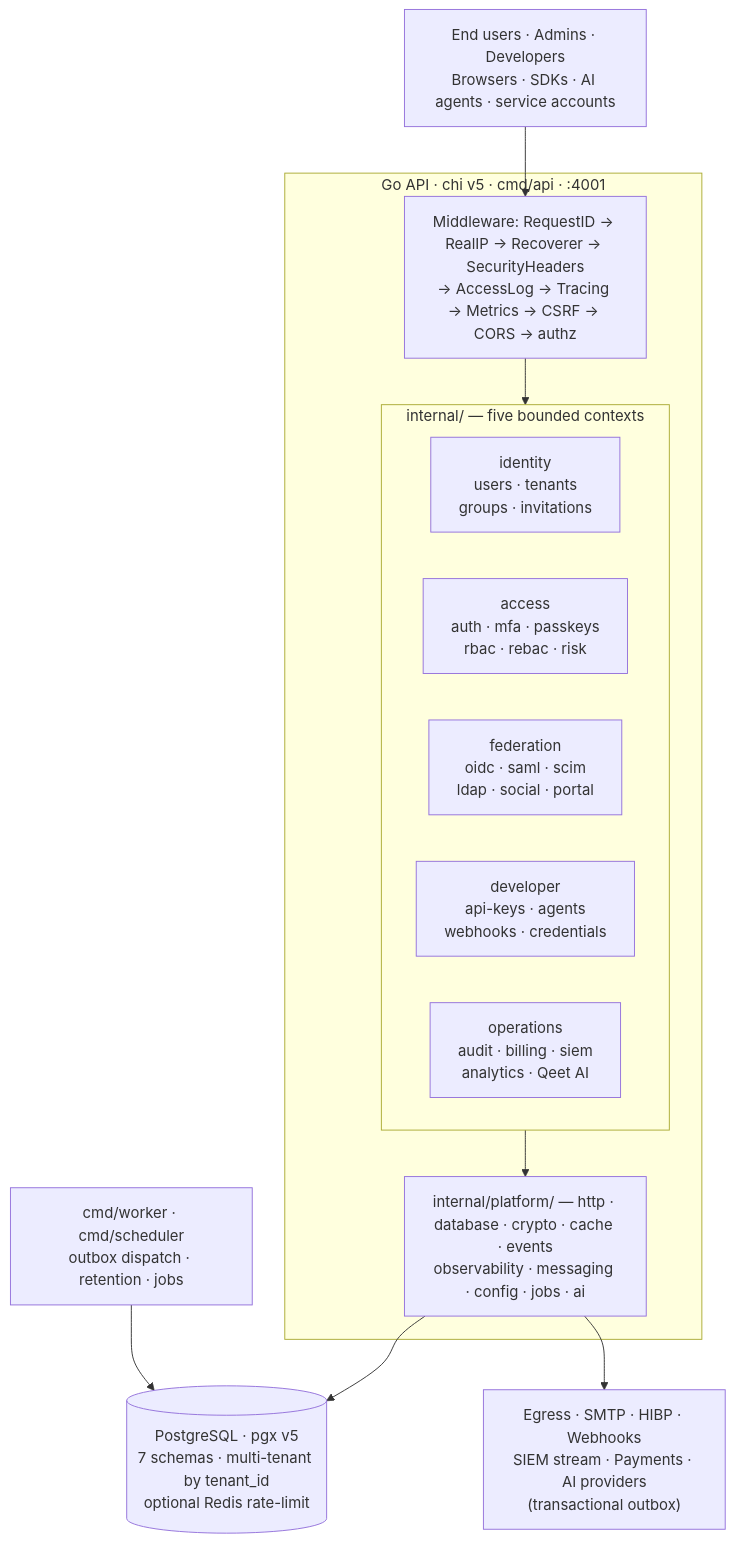
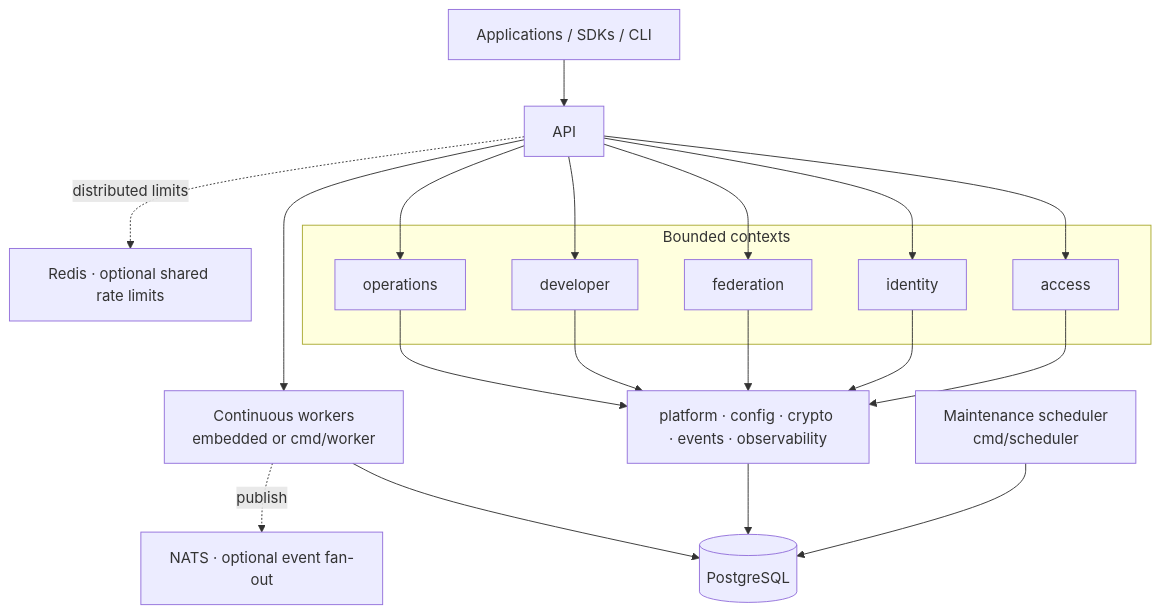
Before and after one commit to qeetgroup/qeet-id-server: the diagram in README.md, drawn with Mermaid. The commit also changed other lines of this file, not shown here.

````diff
--- a/README.md
+++ b/README.md
@@ -74,27 +54,37 @@
 ```mermaid
 flowchart TB
-    clients["End users · Admins · Developers<br/>Browsers · SDKs · AI agents · service accounts"]
+    Clients["Applications / SDKs / CLI"]
+    API["API"]
 
-    subgraph api["Go API · chi v5 · cmd/api · :4001"]
-        mw["Middleware: RequestID → RealIP → Recoverer → SecurityHeaders<br/>→ AccessLog → Tracing → Metrics → CSRF → CORS → authz"]
-        subgraph domains["internal/ — five bounded contexts"]
-            direction LR
-            identity["identity<br/>users · tenants<br/>groups · invitations"]
-            access["access<br/>auth · mfa · passkeys<br/>rbac · rebac · risk"]
-            federation["federation<br/>oidc · saml · scim<br/>ldap · social · portal"]
-            developer["developer<br/>api-keys · agents<br/>webhooks · credentials"]
-            operations["operations<br/>audit · billing · siem<br/>analytics · Qeet AI"]
-        end
-        platform["internal/platform/ — http · database · crypto · cache · events<br/>observability · messaging · config · jobs · ai"]
-        mw --> domains --> platform
+    subgraph Domains["Bounded contexts"]
+        Access["access"]
+        Identity["identity"]
+        Federation["federation"]
+        Developer["developer"]
+        Operations["operations"]
     end
 
-    workers["cmd/worker · cmd/scheduler<br/>outbox dispatch · retention · jobs"]
-    pg[("PostgreSQL · pgx v5<br/>7 schemas · multi-tenant by tenant_id<br/>optional Redis rate-limit")]
-    egress["Egress · SMTP · HIBP · Webhooks<br/>SIEM stream · Payments · AI providers<br/>(transactional outbox)"]
+    Platform["platform · config · crypto · events · observability"]
+    Workers["Continuous workers<br/>embedded or cmd/worker"]
+    Scheduler["Maintenance scheduler<br/>cmd/scheduler"]
+    Postgres[(PostgreSQL)]
+    NATS["NATS · optional event fan-out"]
+    Redis["Redis · optional shared rate limits"]
 
-    clients --> mw
-    platform --> pg
-    workers --> pg
-    platform --> egress
+    Clients --> API
+    API --> Access
+    API --> Identity
+    API --> Federation
+    API --> Developer
+    API --> Operations
+    Access --> Platform
+    Identity --> Platform
+    Federation --> Platform
+    Developer --> Platform
+    Operations --> Platform
+    Platform --> Postgres
+    API --> Workers --> Postgres
+    Scheduler --> Postgres
+    Workers -. publish .-> NATS
+    API -. distributed limits .-> Redis
 ```
````
